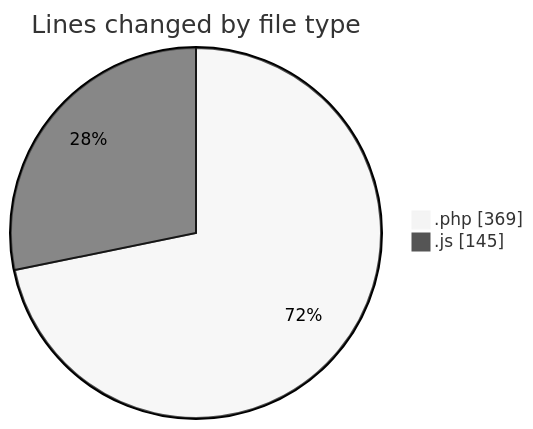
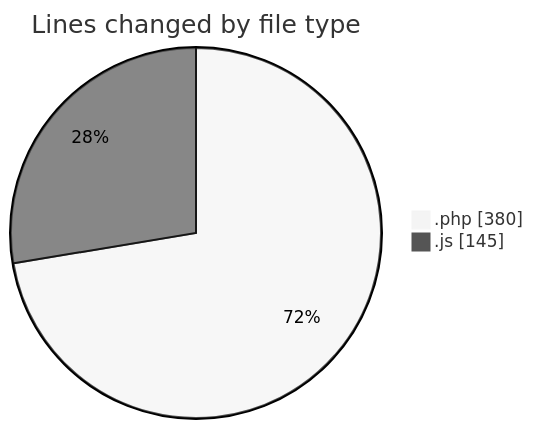
The first of 2 diagrams in 2025-03-26/kml/README.md (LanceThiago/code-tracking), drawn with Mermaid (neutral theme) before and after one commit. The commit also changed other lines of this file and 1 other file, not shown here.

````diff
--- a/2025-03-26/kml/README.md
+++ b/2025-03-26/kml/README.md
@@ -23,6 +23,6 @@
 ```mermaid
 pie showData
 title Lines changed by file type
-".php" : 369
+".php" : 380
 ".js" : 145
 ```
````
